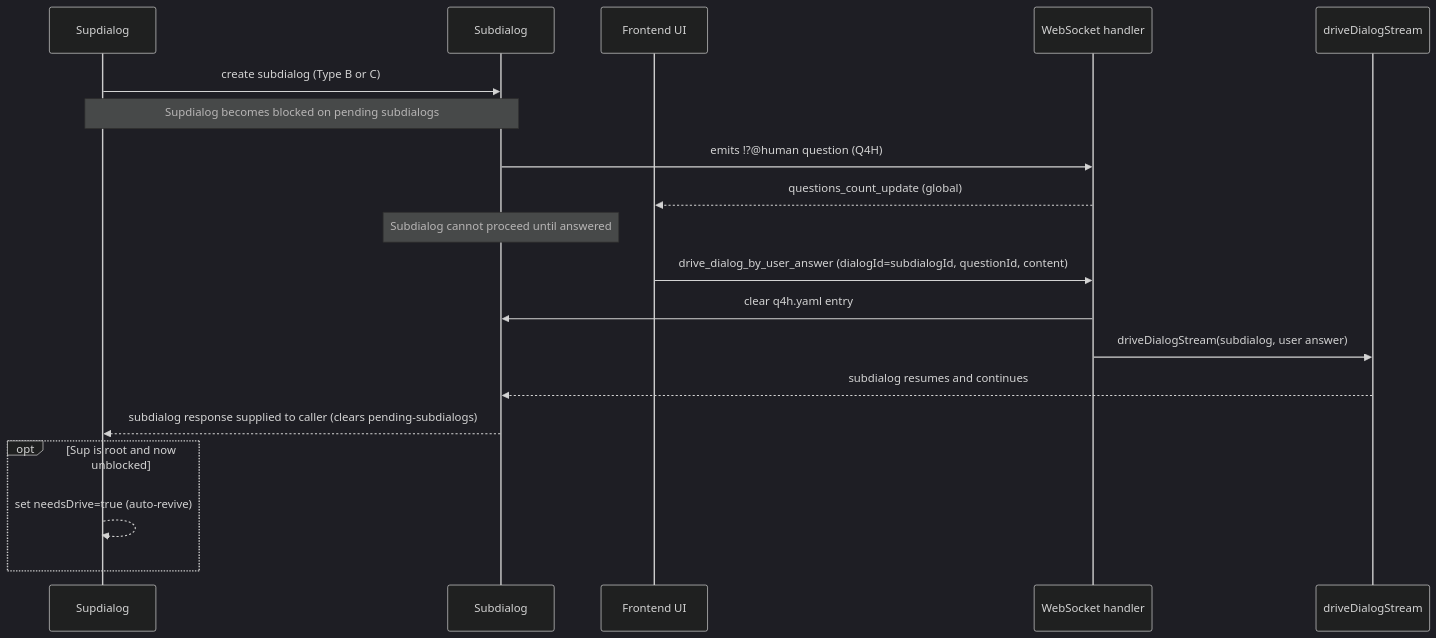
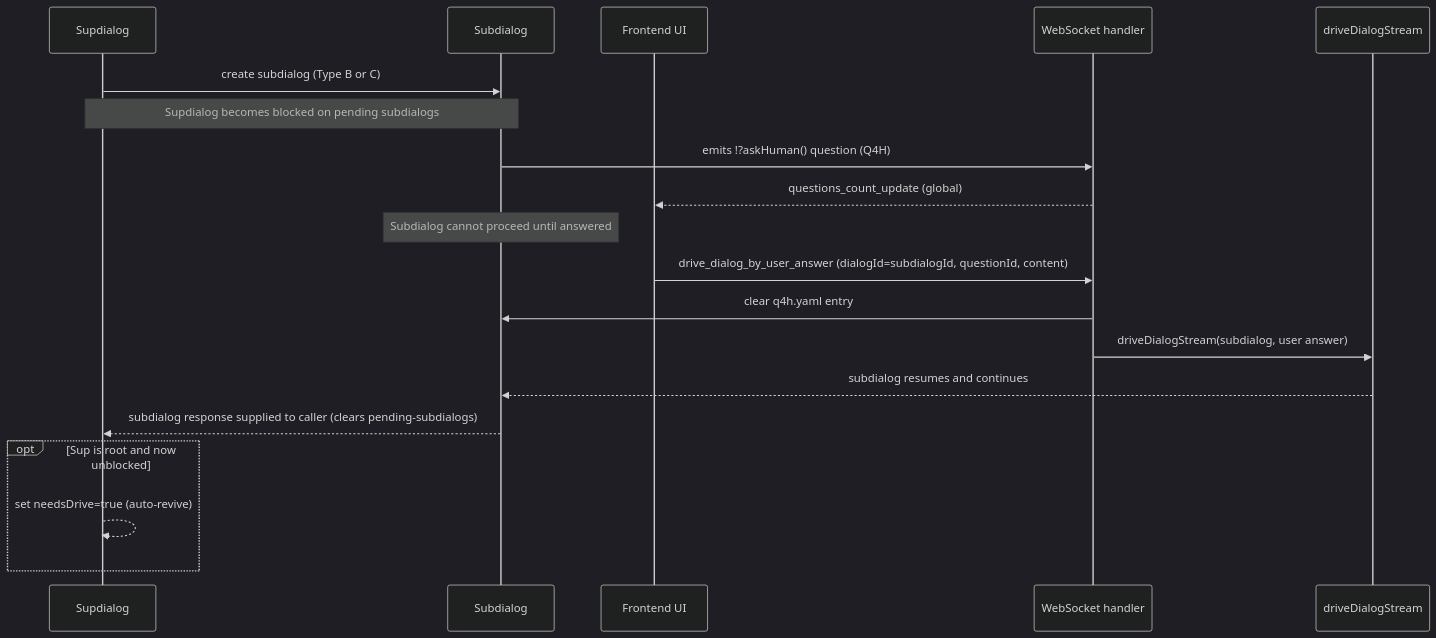
Diagram 15 of 18 in docs/dialog-system.md (longrun-ai/dominds), drawn with Mermaid (dark theme) before and after one commit. The commit also changed other lines of this file and 21 other files, not shown here.

````diff
--- a/docs/dialog-system.md
+++ b/docs/dialog-system.md
@@ -1169,25 +1169,25 @@
 ```mermaid
 sequenceDiagram
   participant Sup as Supdialog
   participant Sub as Subdialog
   participant UI as Frontend UI
   participant WS as WebSocket handler
   participant Driver as driveDialogStream
 
   Sup->>Sub: create subdialog (Type B or C)
   Note over Sup,Sub: Supdialog becomes blocked on pending subdialogs
-  Sub->>WS: emits !?@human question (Q4H)
+  Sub->>WS: emits !?askHuman() question (Q4H)
   WS-->>UI: questions_count_update (global)
 
   Note over Sub: Subdialog cannot proceed until answered
 
   UI->>WS: drive_dialog_by_user_answer (dialogId=subdialogId, questionId, content)
   WS->>Sub: clear q4h.yaml entry
   WS->>Driver: driveDialogStream(subdialog, user answer)
   Driver-->>Sub: subdialog resumes and continues
   Sub-->>Sup: subdialog response supplied to caller (clears pending-subdialogs)
 
   opt Sup is root and now unblocked
     Sup-->>Sup: set needsDrive=true (auto-revive)
   end
 ```
````
